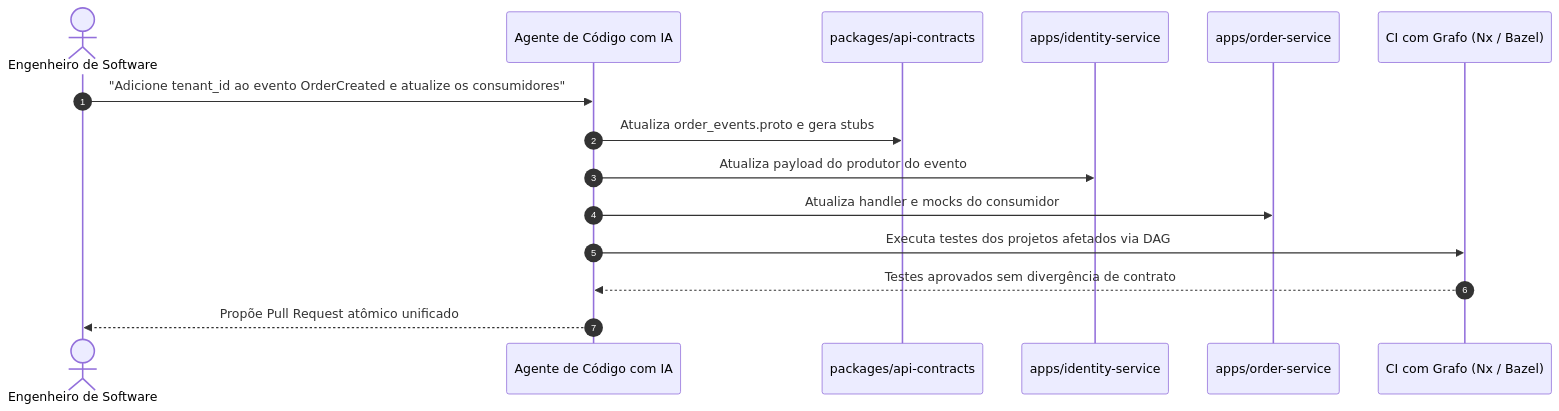
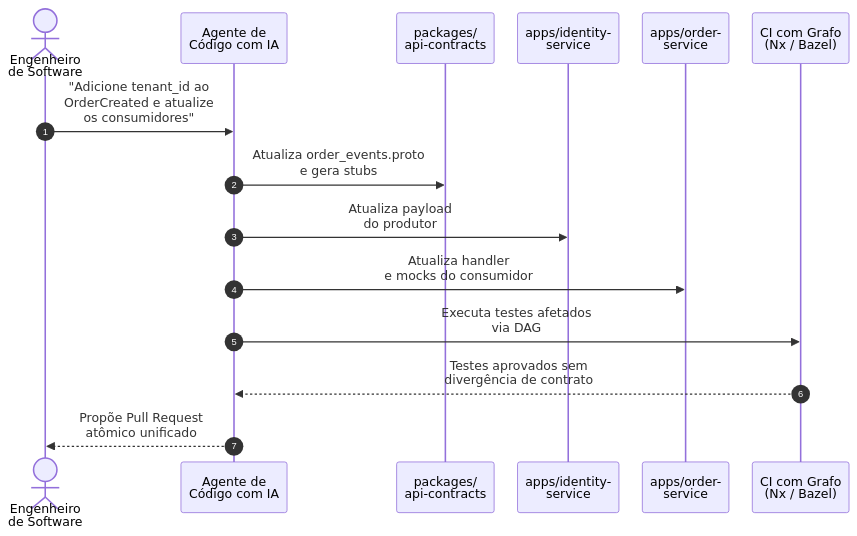
Before and after one commit to marcelomiyake/marcelomiyake.github.io: the second of 2 diagrams in _posts/2026-10-09-ai-adrs-monorepo-microservices-pt-br.markdown, drawn with Mermaid. The commit also changed other lines of this file and 21 other files, not shown here.

First line of the commit message:
fix(blog): update facts, make diagrams legible, and align translations

````diff
--- a/_posts/2026-10-09-ai-adrs-monorepo-microservices-pt-br.markdown
+++ b/_posts/2026-10-09-ai-adrs-monorepo-microservices-pt-br.markdown
@@ -118,20 +118,21 @@
 ```mermaid
+%%{init: {"sequence": {"width": 100, "actorMargin": 30}}}%%
 sequenceDiagram
     accTitle: Refatoração atômica transversal orquestrada por agente de IA em monorepo
     accDescr: Um agente de IA modifica uma definição em packages/api-contracts, regenera bindings, atualiza serviços consumidores em apps/ e valida testes afetados em um único pull request atômico.
     autonumber
-    actor Dev as Engenheiro de Software
-    participant Agent as Agente de Código com IA
-    participant Contracts as packages/api-contracts
-    participant Identity as apps/identity-service
-    participant Order as apps/order-service
-    participant CI as CI com Grafo (Nx / Bazel)
+    actor Dev as Engenheiro<br/>de Software
+    participant Agent as Agente de<br/>Código com IA
+    participant Contracts as packages/<br/>api-contracts
+    participant Identity as apps/identity-<br/>service
+    participant Order as apps/order-<br/>service
+    participant CI as CI com Grafo<br/>(Nx / Bazel)
 
-    Dev->>Agent: "Adicione tenant_id ao evento OrderCreated e atualize os consumidores"
-    Agent->>Contracts: Atualiza order_events.proto e gera stubs
-    Agent->>Identity: Atualiza payload do produtor do evento
-    Agent->>Order: Atualiza handler e mocks do consumidor
-    Agent->>CI: Executa testes dos projetos afetados via DAG
-    CI-->>Agent: Testes aprovados sem divergência de contrato
-    Agent-->>Dev: Propõe Pull Request atômico unificado
+    Dev->>Agent: "Adicione tenant_id ao<br/>OrderCreated e atualize<br/>os consumidores"
+    Agent->>Contracts: Atualiza order_events.proto<br/>e gera stubs
+    Agent->>Identity: Atualiza payload<br/>do produtor
+    Agent->>Order: Atualiza handler<br/>e mocks do consumidor
+    Agent->>CI: Executa testes afetados<br/>via DAG
+    CI-->>Agent: Testes aprovados sem<br/>divergência de contrato
+    Agent-->>Dev: Propõe Pull Request<br/>atômico unificado
 ```
````
